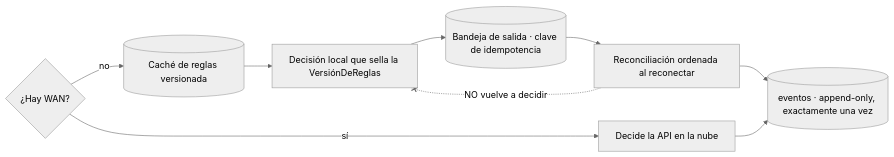
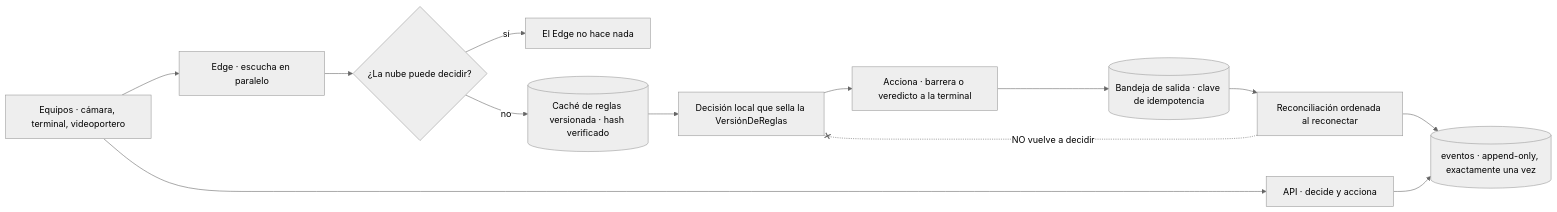
The fourth of 4 diagrams in README.md (4rg3n15/NextResidential), drawn with Mermaid (neutral theme) before and after one commit. The commit also changed other lines of this file and 5 other files, not shown here.

````diff
--- a/README.md
+++ b/README.md
@@ -229,12 +229,15 @@
 ```mermaid
 flowchart LR
-  WAN{"¿Hay WAN?"}
-  WAN -- "sí" --> NUBE["Decide la API en la nube"]
-  WAN -- "no" --> CACHE[("Caché de reglas versionada")]
+  EQ["Equipos · cámara, terminal, videoportero"] --> NUBE["API · decide y acciona"]
+  EQ --> EDGE["Edge · escucha en paralelo"]
+  EDGE --> P{"¿La nube puede decidir?"}
+  P -- "sí" --> NADA["El Edge no hace nada"]
+  P -- "no" --> CACHE[("Caché de reglas versionada · hash verificado")]
   CACHE --> LOCAL["Decisión local que sella la VersiónDeReglas"]
-  LOCAL --> BAND[("Bandeja de salida · clave de idempotencia")]
+  LOCAL --> ACC["Acciona · barrera o veredicto a la terminal"]
+  ACC --> BAND[("Bandeja de salida · clave de idempotencia")]
   BAND --> REC["Reconciliación ordenada al reconectar"]
   REC --> EVT[("eventos · append-only, exactamente una vez")]
   NUBE --> EVT
   REC -. "NO vuelve a decidir" .-x LOCAL
 ```
````
